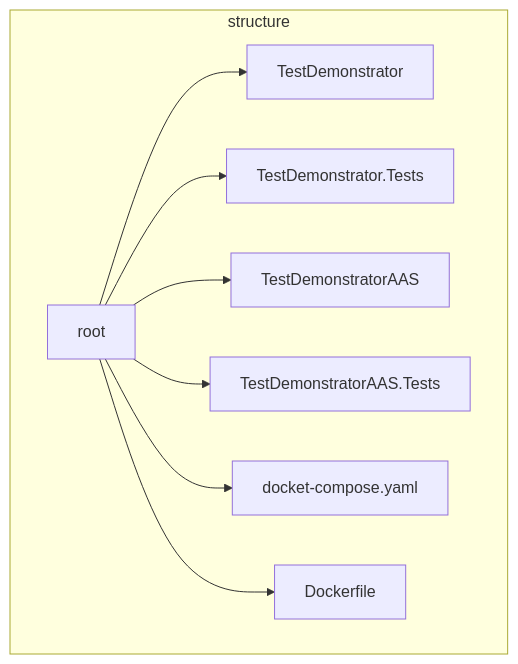
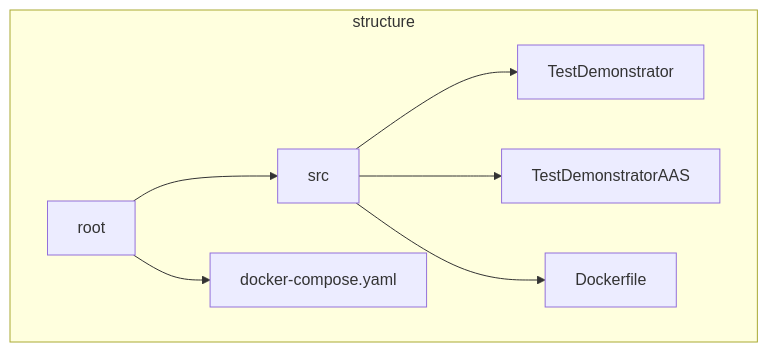
The first of 2 diagrams in test-orchestrator/README.md (eclipse-basyx/basyx-applications), drawn with Mermaid before and after one commit. The commit also changed other lines of this file and 319 other files, not shown here.

````diff
--- a/test-orchestrator/README.md
+++ b/test-orchestrator/README.md
@@ -10,11 +10,10 @@
 ```mermaid
 flowchart TD
     subgraph structure
-        root --> TestDemonstrator
-        root --> TestDemonstrator.Tests
-        root --> TestDemonstratorAAS
-        root --> TestDemonstratorAAS.Tests
-        root --> docket-compose.yaml
-        root --> Dockerfile
+        root --> src
+        src --> TestDemonstrator
+        src --> TestDemonstratorAAS
+        src --> Dockerfile
+        root --> docker-compose.yaml
 end
 ```
````
